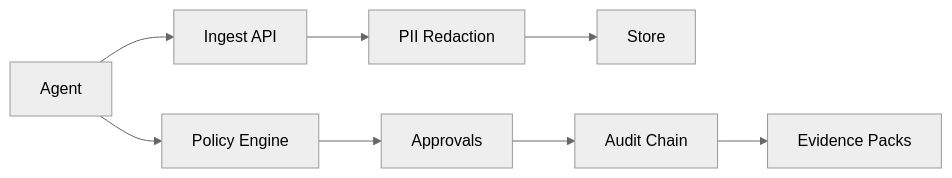
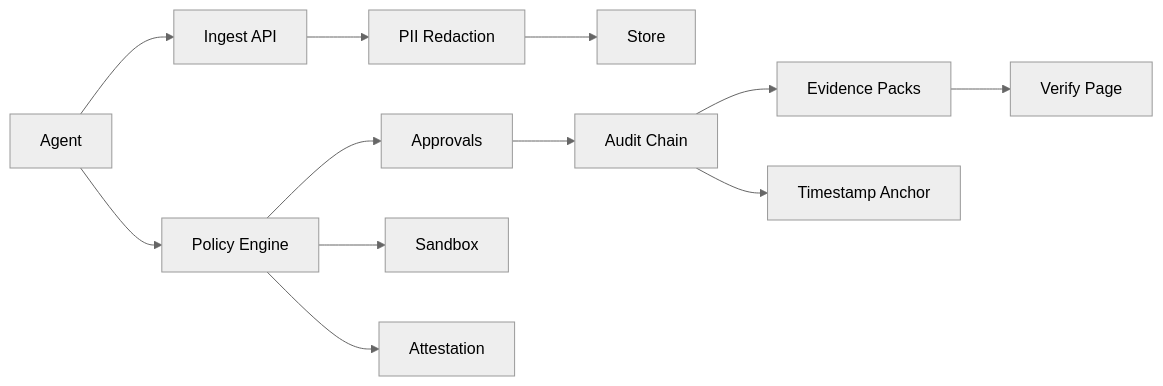
The diagram in README.md (MadiWebDev/AgentGuard-AI-Workforce-Governance-Console), drawn with Mermaid (neutral theme) before and after one commit. The commit also changed other lines of this file, not shown here.

````diff
--- a/README.md
+++ b/README.md
@@ -26,10 +94,14 @@
 ```mermaid
 flowchart LR
   Agent --> Ingest[Ingest API]
   Ingest --> Redaction[PII Redaction]
   Redaction --> Store[Store]
   Agent --> Policy[Policy Engine]
   Policy --> Approvals[Approvals]
+  Policy --> Sandbox[Sandbox]
+  Policy --> Attest[Attestation]
   Approvals --> Audit[Audit Chain]
   Audit --> Evidence[Evidence Packs]
+  Audit --> Anchor[Timestamp Anchor]
+  Evidence --> Verify[Verify Page]
 ```
````
